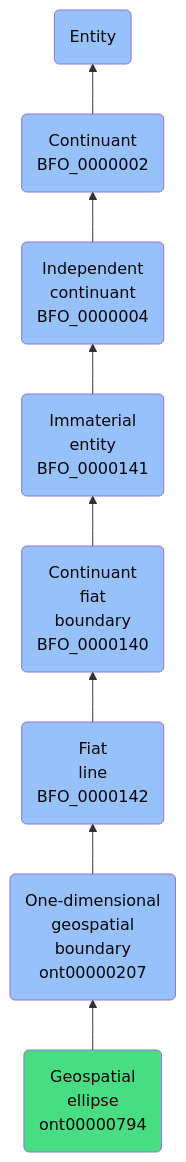
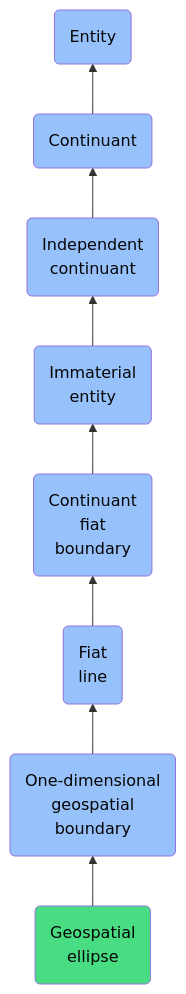
The diagram in docs/ontology/reference/model/Entity/Continuant/Independent continuant/Immaterial entity/Continuant fiat boundary/Fiat line/One-dimensional geospatial boundary/Geospatial ellipse/Geospatial ellipse.md (jupyter-naas/abi), drawn with Mermaid before and after one commit. The commit also changed other lines of this file and 1430 other files, not shown here.

````diff
--- a/docs/ontology/reference/model/Entity/Continuant/Independent continuant/Immaterial entity/Continuant fiat boundary/Fiat line/One-dimensional geospatial boundary/Geospatial ellipse/Geospatial ellipse.md
+++ b/docs/ontology/reference/model/Entity/Continuant/Independent continuant/Immaterial entity/Continuant fiat boundary/Fiat line/One-dimensional geospatial boundary/Geospatial ellipse/Geospatial ellipse.md
@@ -24,15 +24,15 @@
 ```mermaid
 graph BT
-    ont00000794(Geospatial<br>ellipse<br>ont00000794):::ABI-->ont00000207
-    ont00000207(One-dimensional<br>geospatial<br>boundary<br>ont00000207):::BFO-->BFO_0000142
-    BFO_0000142(Fiat<br>line<br>BFO_0000142):::BFO-->BFO_0000140
-    BFO_0000140(Continuant<br>fiat<br>boundary<br>BFO_0000140):::BFO-->BFO_0000141
-    BFO_0000141(Immaterial<br>entity<br>BFO_0000141):::BFO-->BFO_0000004
-    BFO_0000004(Independent<br>continuant<br>BFO_0000004):::BFO-->BFO_0000002
-    BFO_0000002(Continuant<br>BFO_0000002):::BFO-->BFO_0000001
+    ont00000794(Geospatial<br>ellipse):::ABI-->ont00000207
+    ont00000207(One-dimensional<br>geospatial<br>boundary):::BFO-->BFO_0000142
+    BFO_0000142(Fiat<br>line):::BFO-->BFO_0000140
+    BFO_0000140(Continuant<br>fiat<br>boundary):::BFO-->BFO_0000141
+    BFO_0000141(Immaterial<br>entity):::BFO-->BFO_0000004
+    BFO_0000004(Independent<br>continuant):::BFO-->BFO_0000002
+    BFO_0000002(Continuant):::BFO-->BFO_0000001
     BFO_0000001(Entity):::BFO
     
     classDef BFO fill:#97c1fb,color:#060606
     classDef CCO fill:#e4c51e,color:#060606
     classDef ABI fill:#48DD82,color:#060606
 ```
````
